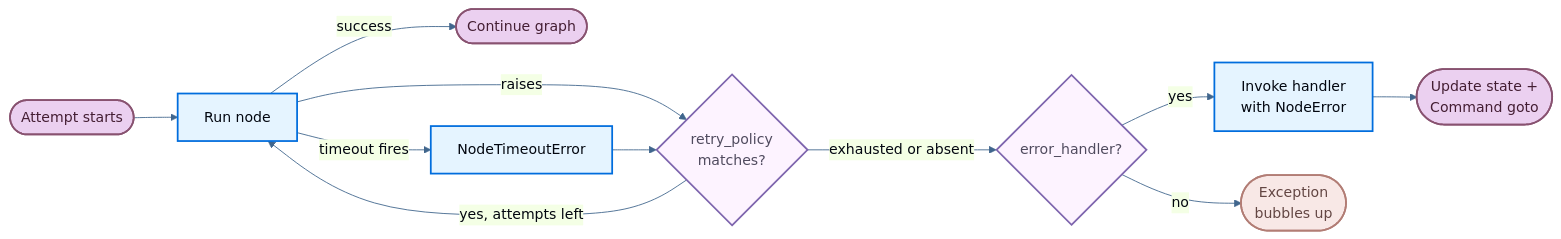
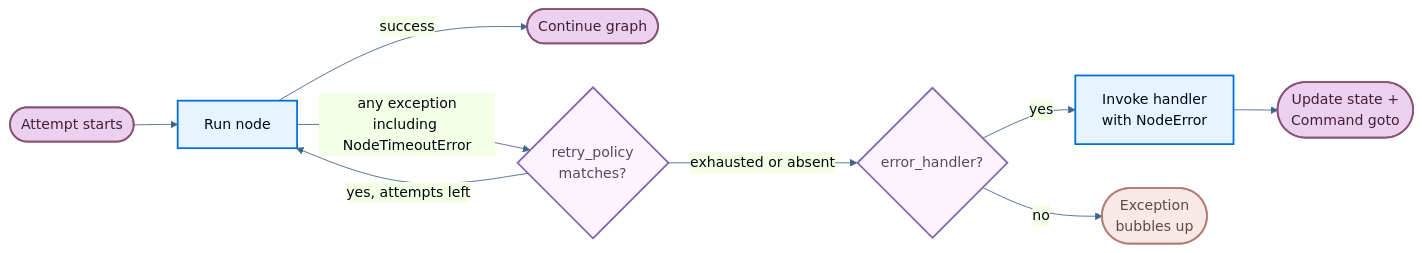
The diagram in src/oss/langgraph/timeout-and-error-handling.mdx (Dustin4444/docs-14), drawn with Mermaid before and after one commit. The commit also changed other lines of this file, not shown here.

````diff
--- a/src/oss/langgraph/timeout-and-error-handling.mdx
+++ b/src/oss/langgraph/timeout-and-error-handling.mdx
@@ -17,24 +17,22 @@
 ```mermaid
 %%{init:{'theme':'base','themeVariables':{'lineColor':'#40668D','primaryColor':'#E5F4FF','primaryTextColor':'#030710','primaryBorderColor':'#006DDD'}}}%%
 flowchart LR
     start([Attempt starts]) --> exec[Run node]
     exec -->|"success"| done([Continue graph])
-    exec -->|"raises"| retry{retry_policy<br/>matches?}
-    exec -->|"timeout fires"| timeoutErr[NodeTimeoutError]
-    timeoutErr --> retry
+    exec -->|"any exception<br/>including NodeTimeoutError"| retry{retry_policy<br/>matches?}
     retry -->|"yes, attempts left"| exec
     retry -->|"exhausted or absent"| handler{error_handler?}
     handler -->|"yes"| run_handler["Invoke handler<br/>with NodeError"]
     run_handler --> route([Update state +<br/>Command goto])
     handler -->|"no"| bubble([Exception<br/>bubbles up])
 
     classDef process fill:#E5F4FF,stroke:#006DDD,stroke-width:2px,color:#030710
     classDef decision fill:#FDF3FF,stroke:#7E65AE,stroke-width:2px,color:#504B5F
     classDef alert fill:#F8E8E6,stroke:#B27D75,stroke-width:2px,color:#634643
     classDef output fill:#EBD0F0,stroke:#885270,stroke-width:2px,color:#441E33
 
-    class exec,run_handler,timeoutErr process
+    class exec,run_handler process
     class retry,handler decision
     class bubble alert
     class done,route,start output
 ```
````
